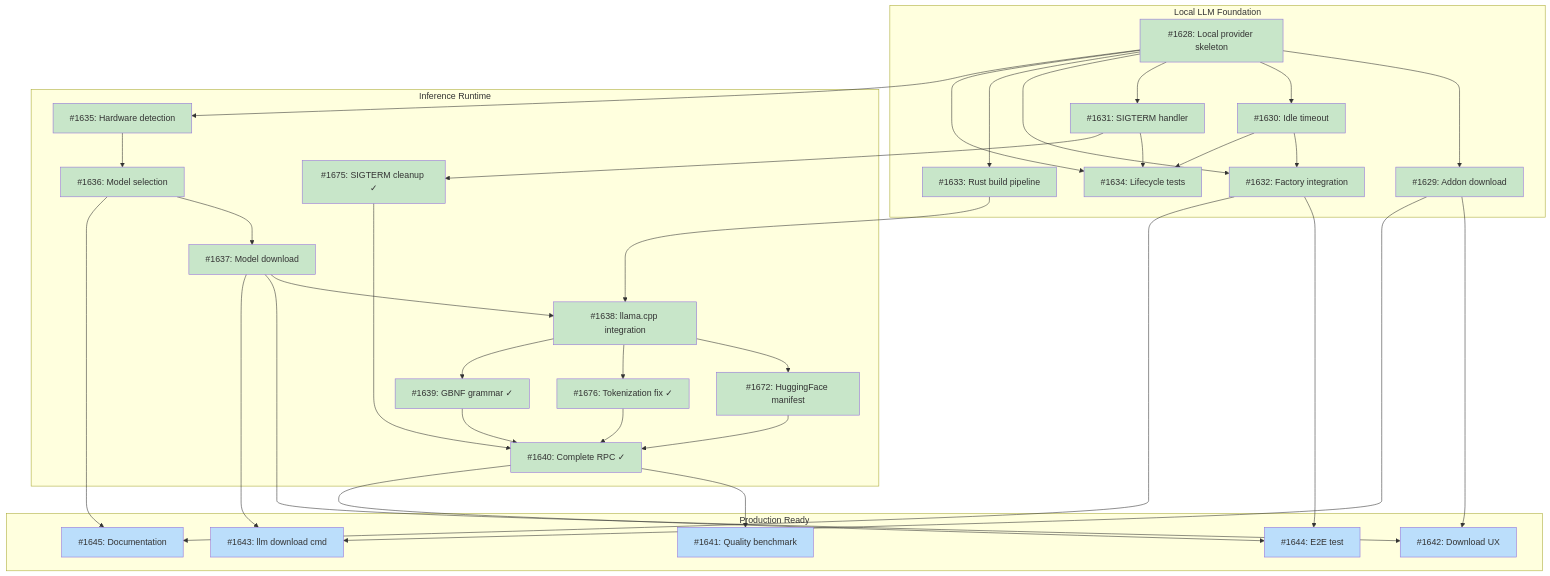
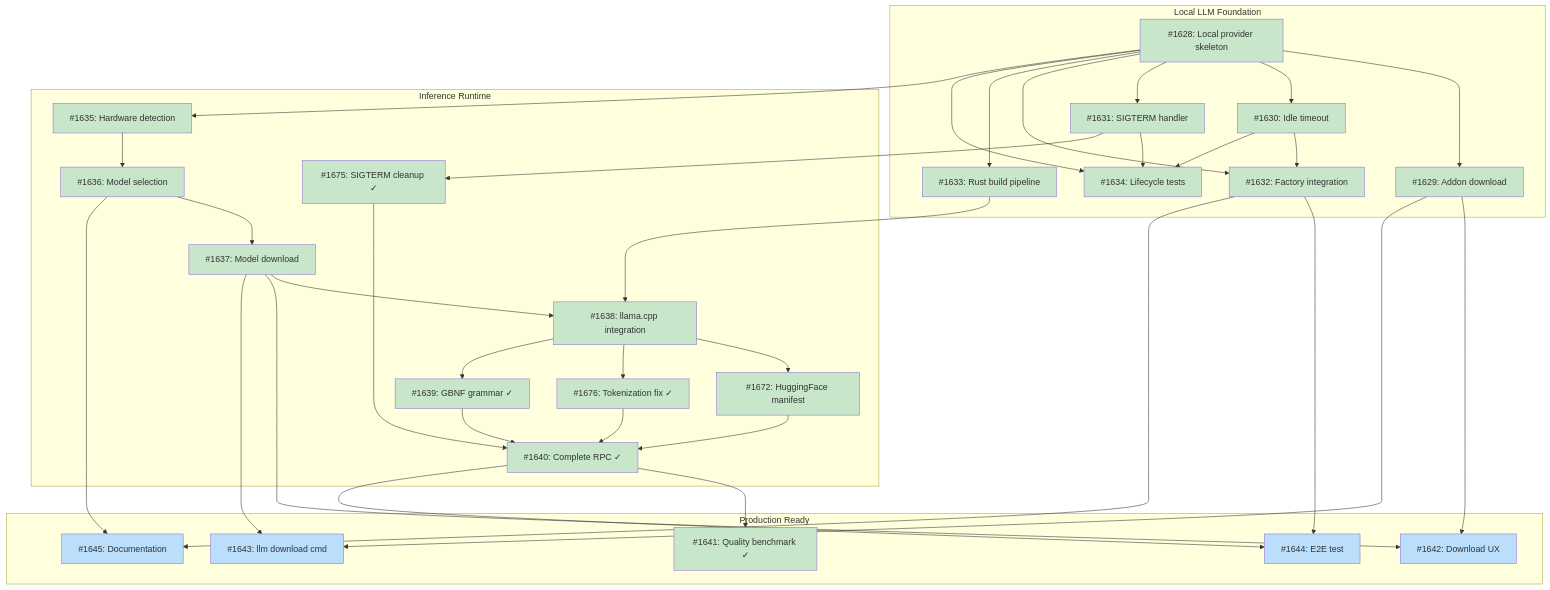
The diagram in docs/designs/DESIGN-local-llm-runtime.md (tsukumogami/tsuku), drawn with Mermaid before and after one commit. The commit also changed other lines of this file, not shown here.

Commit message:
docs(llm): mark #1641 complete in design doc
Update dependency graph and implementation table to reflect quality
benchmark suite completion.

````diff
--- a/docs/designs/DESIGN-local-llm-runtime.md
+++ b/docs/designs/DESIGN-local-llm-runtime.md
@@ -80,72 +80,72 @@
 ```mermaid
 graph TD
     subgraph M1["Local LLM Foundation"]
         I1628["#1628: Local provider skeleton"]
         I1629["#1629: Addon download"]
         I1630["#1630: Idle timeout"]
         I1631["#1631: SIGTERM handler"]
         I1632["#1632: Factory integration"]
         I1633["#1633: Rust build pipeline"]
         I1634["#1634: Lifecycle tests"]
     end
 
     subgraph M2["Inference Runtime"]
         I1635["#1635: Hardware detection"]
         I1636["#1636: Model selection"]
         I1637["#1637: Model download"]
         I1638["#1638: llama.cpp integration"]
         I1672["#1672: HuggingFace manifest"]
         I1675["#1675: SIGTERM cleanup ✓"]
         I1676["#1676: Tokenization fix ✓"]
         I1639["#1639: GBNF grammar ✓"]
         I1640["#1640: Complete RPC ✓"]
     end
 
     subgraph M3["Production Ready"]
-        I1641["#1641: Quality benchmark"]
+        I1641["#1641: Quality benchmark ✓"]
         I1642["#1642: Download UX"]
         I1643["#1643: llm download cmd"]
         I1644["#1644: E2E test"]
         I1645["#1645: Documentation"]
     end
 
     I1628 --> I1629
     I1628 --> I1630
     I1628 --> I1631
     I1628 --> I1632
     I1630 --> I1632
     I1628 --> I1633
     I1628 --> I1634
     I1630 --> I1634
     I1631 --> I1634
     I1628 --> I1635
     I1635 --> I1636
     I1636 --> I1637
     I1633 --> I1638
     I1637 --> I1638
     I1638 --> I1672
     I1631 --> I1675
     I1638 --> I1676
     I1638 --> I1639
     I1672 --> I1640
     I1675 --> I1640
     I1676 --> I1640
     I1639 --> I1640
     I1640 --> I1641
     I1629 --> I1642
     I1637 --> I1642
     I1629 --> I1643
     I1637 --> I1643
     I1640 --> I1644
     I1632 --> I1644
     I1632 --> I1645
     I1636 --> I1645
 
     classDef done fill:#c8e6c9
     classDef ready fill:#bbdefb
     classDef blocked fill:#fff9c4
     classDef needsDesign fill:#e1bee7
 
-    class I1628,I1629,I1630,I1631,I1632,I1633,I1634,I1635,I1636,I1637,I1638,I1672,I1675,I1676,I1639,I1640 done
-    class I1641,I1642,I1643,I1644,I1645 ready
+    class I1628,I1629,I1630,I1631,I1632,I1633,I1634,I1635,I1636,I1637,I1638,I1672,I1675,I1676,I1639,I1640,I1641 done
+    class I1642,I1643,I1644,I1645 ready
 ```
````
